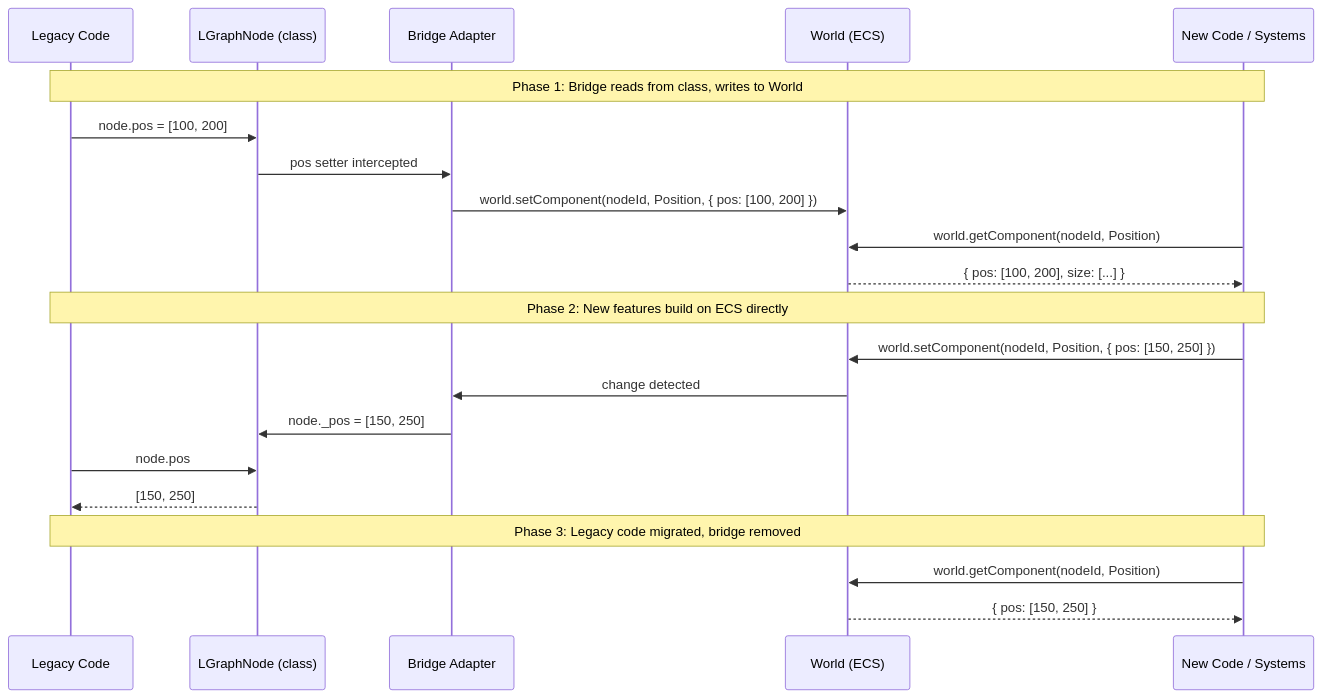
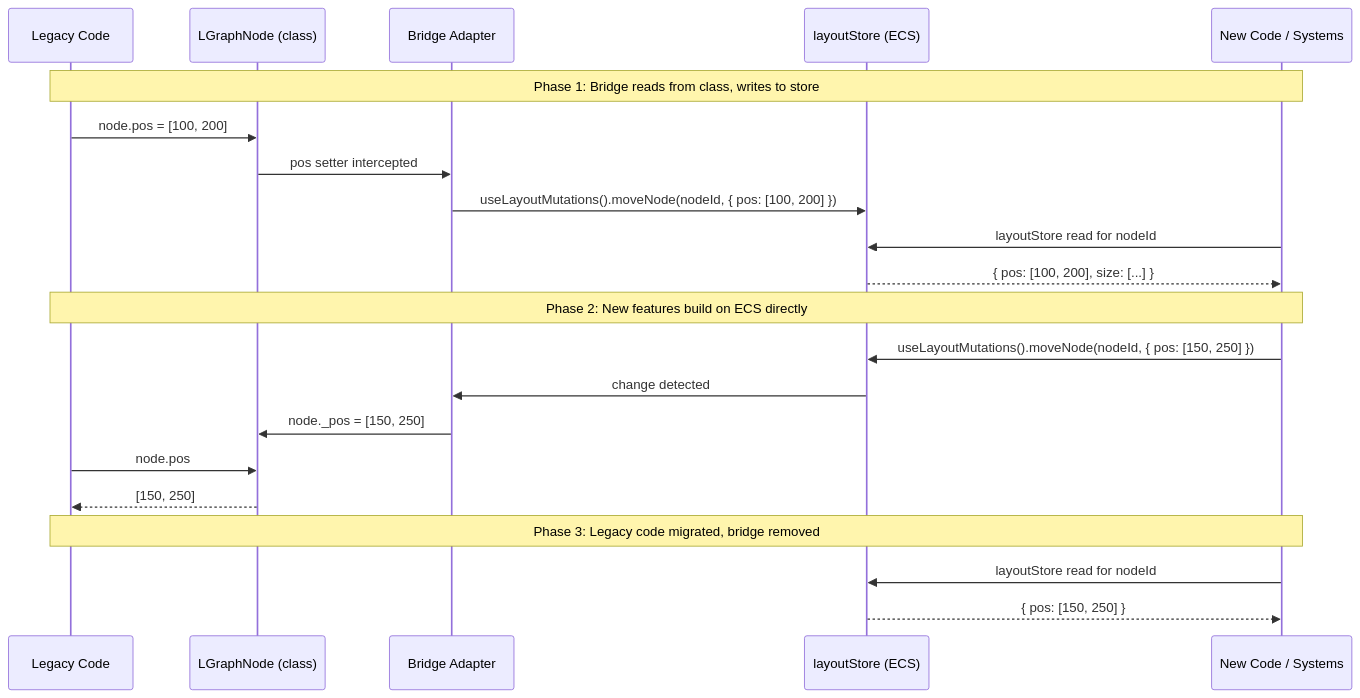
Diagram 11 of 12 in docs/architecture/ecs-target-architecture.md (Comfy-Org/ComfyUI_frontend), drawn with Mermaid before and after one commit. The commit also changed other lines of this file and 12 other files, not shown here.

````diff
--- a/docs/architecture/ecs-target-architecture.md
+++ b/docs/architecture/ecs-target-architecture.md
@@ -477,30 +469,30 @@
 ```mermaid
 sequenceDiagram
     participant Legacy as Legacy Code
     participant Class as LGraphNode (class)
     participant Bridge as Bridge Adapter
-    participant World as World (ECS)
+    participant Store as layoutStore (ECS)
     participant New as New Code / Systems
 
-    Note over Legacy,New: Phase 1: Bridge reads from class, writes to World
+    Note over Legacy,New: Phase 1: Bridge reads from class, writes to store
 
     Legacy->>Class: node.pos = [100, 200]
     Class->>Bridge: pos setter intercepted
-    Bridge->>World: world.setComponent(nodeId, Position, { pos: [100, 200] })
+    Bridge->>Store: useLayoutMutations().moveNode(nodeId, { pos: [100, 200] })
 
-    New->>World: world.getComponent(nodeId, Position)
-    World-->>New: { pos: [100, 200], size: [...] }
+    New->>Store: layoutStore read for nodeId
+    Store-->>New: { pos: [100, 200], size: [...] }
 
     Note over Legacy,New: Phase 2: New features build on ECS directly
 
-    New->>World: world.setComponent(nodeId, Position, { pos: [150, 250] })
-    World->>Bridge: change detected
+    New->>Store: useLayoutMutations().moveNode(nodeId, { pos: [150, 250] })
+    Store->>Bridge: change detected
     Bridge->>Class: node._pos = [150, 250]
     Legacy->>Class: node.pos
     Class-->>Legacy: [150, 250]
 
     Note over Legacy,New: Phase 3: Legacy code migrated, bridge removed
 
-    New->>World: world.getComponent(nodeId, Position)
-    World-->>New: { pos: [150, 250] }
+    New->>Store: layoutStore read for nodeId
+    Store-->>New: { pos: [150, 250] }
 ```
````
